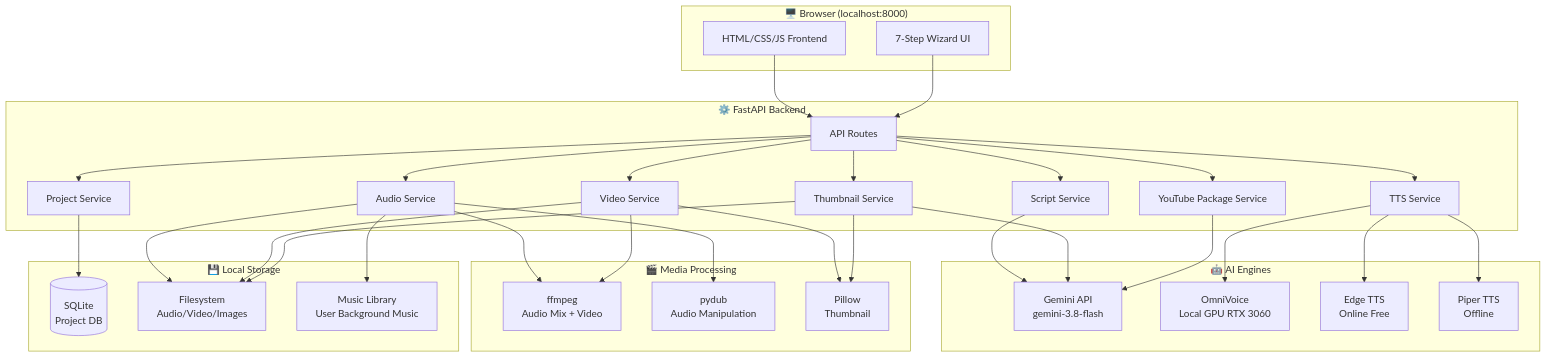
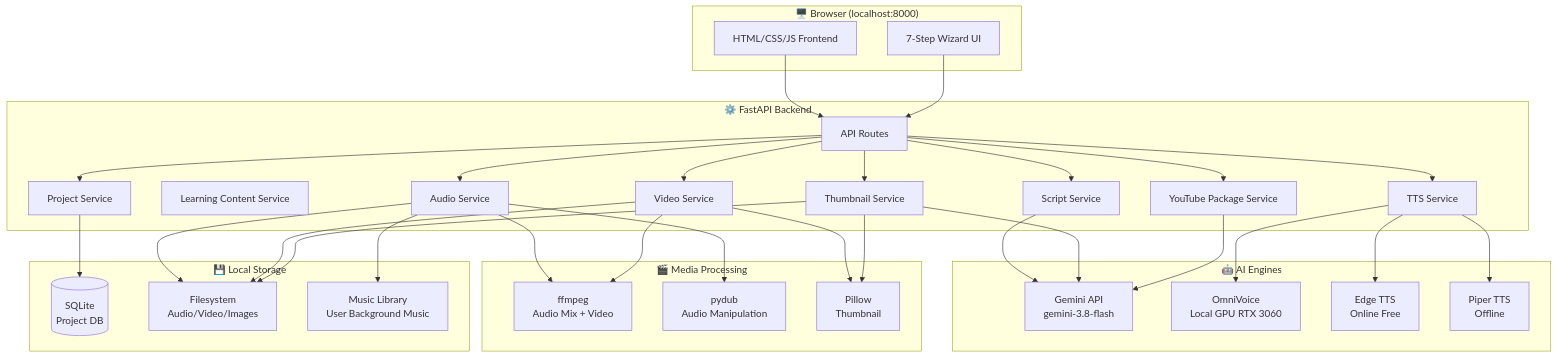
Before and after one commit to danghoangsqtt-sys/dailyintelenglish: the first of 3 diagrams in .viepilot/ARCHITECTURE.md, drawn with Mermaid. The commit also changed other lines of this file and 22 other files, not shown here.

````diff
--- a/.viepilot/ARCHITECTURE.md
+++ b/.viepilot/ARCHITECTURE.md
@@ -43,49 +45,50 @@
 ```mermaid
 graph TB
     subgraph Browser["🖥️ Browser (localhost:8000)"]
         UI[HTML/CSS/JS Frontend]
         WZ[7-Step Wizard UI]
     end
 
     subgraph FastAPI["⚙️ FastAPI Backend"]
         AR[API Routes]
         SS[Script Service]
+        LCS[Learning Content Service]
         TS[TTS Service]
         AS[Audio Service]
         VS[Video Service]
         THS[Thumbnail Service]
         PS[Project Service]
         YTS[YouTube Package Service]
     end
 
     subgraph AI["🤖 AI Engines"]
         GEM[Gemini API\ngemini-3.8-flash]
         OV[OmniVoice\nLocal GPU RTX 3060]
         ETSS[Edge TTS\nOnline Free]
         PTTS[Piper TTS\nOffline]
     end
 
     subgraph Media["🎬 Media Processing"]
         FFMP[ffmpeg\nAudio Mix + Video]
         PDY[pydub\nAudio Manipulation]
         PIL[Pillow\nThumbnail]
     end
 
     subgraph Storage["💾 Local Storage"]
         DB[(SQLite\nProject DB)]
         FS[Filesystem\nAudio/Video/Images]
         ML[Music Library\nUser Background Music]
     end
 
     UI --> AR
     WZ --> AR
     AR --> SS & TS & AS & VS & THS & PS & YTS
     SS --> GEM
     TS --> OV & ETSS & PTTS
     AS --> FFMP & PDY & ML
     VS --> FFMP & PIL
     THS --> GEM & PIL
     YTS --> GEM
     PS --> DB
     AS & VS & THS --> FS
 ```
````
